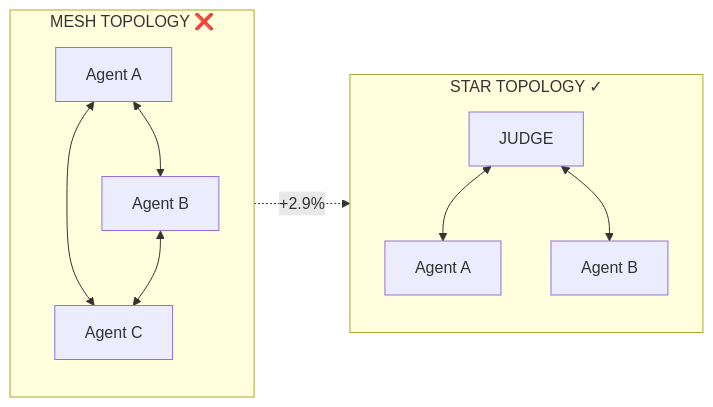
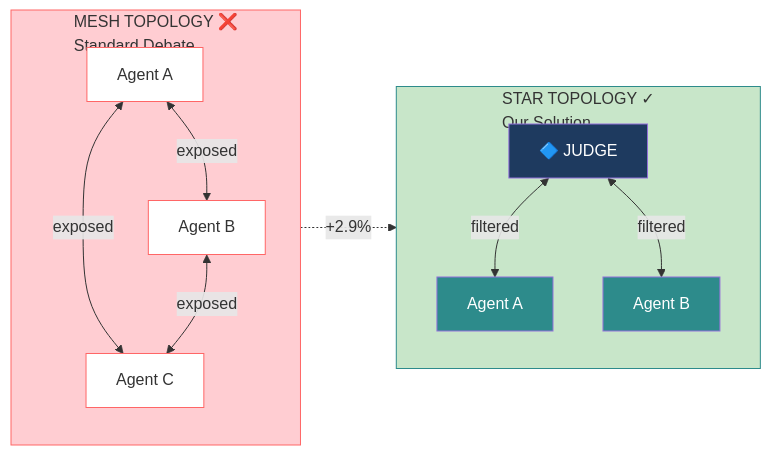
The eighth of 19 diagrams in PRESENTATION_OUTLINE.md (mikenk2010/COSC3009-Intelligent-Decision-Making-Advanced-IDM-Algorithm-Design), drawn with Mermaid before and after one commit. The commit also changed other lines of this file, not shown here.

````diff
--- a/PRESENTATION_OUTLINE.md
+++ b/PRESENTATION_OUTLINE.md
@@ -351,20 +454,29 @@
 ```mermaid
 flowchart LR
-    subgraph Mesh["MESH TOPOLOGY ❌"]
+    subgraph Mesh["MESH TOPOLOGY ❌<br/>Standard Debate"]
         direction TB
-        MA["Agent A"] <--> MB["Agent B"]
-        MA <--> MC["Agent C"]
-        MB <--> MC
+        MA["Agent A"] <-->|"exposed"| MB["Agent B"]
+        MA <-->|"exposed"| MC["Agent C"]
+        MB <-->|"exposed"| MC
     end
 
-    subgraph Star["STAR TOPOLOGY ✓"]
+    subgraph Star["STAR TOPOLOGY ✓<br/>Our Solution"]
         direction TB
-        SJ["JUDGE"]
+        SJ["🔷 JUDGE"]
         SA["Agent A"]
         SB["Agent B"]
-        SJ <--> SA
-        SJ <--> SB
+        SJ <-->|"filtered"| SA
+        SJ <-->|"filtered"| SB
     end
 
     Mesh -.->|"+2.9%"| Star
+
+    style Mesh fill:#ffcdd2,stroke:#ff6666
+    style Star fill:#c8e6c9,stroke:#2d8b8b
+    style MA fill:#fff,stroke:#ff6666
+    style MB fill:#fff,stroke:#ff6666
+    style MC fill:#fff,stroke:#ff6666
+    style SJ fill:#1e3a5f,color:#fff
+    style SA fill:#2d8b8b,color:#fff
+    style SB fill:#2d8b8b,color:#fff
 ```
````
